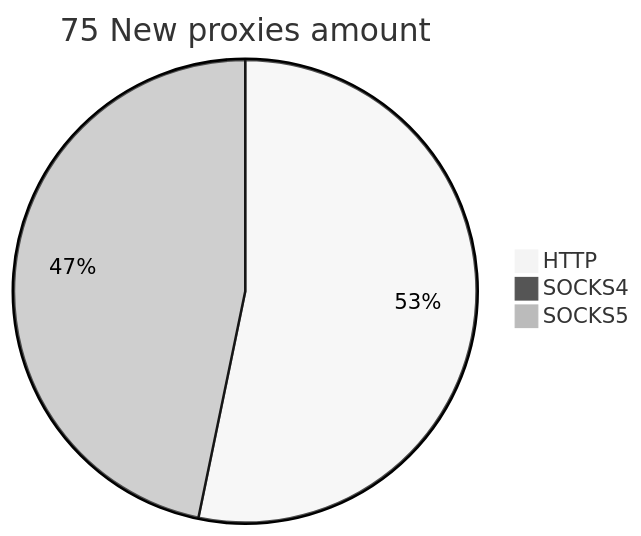
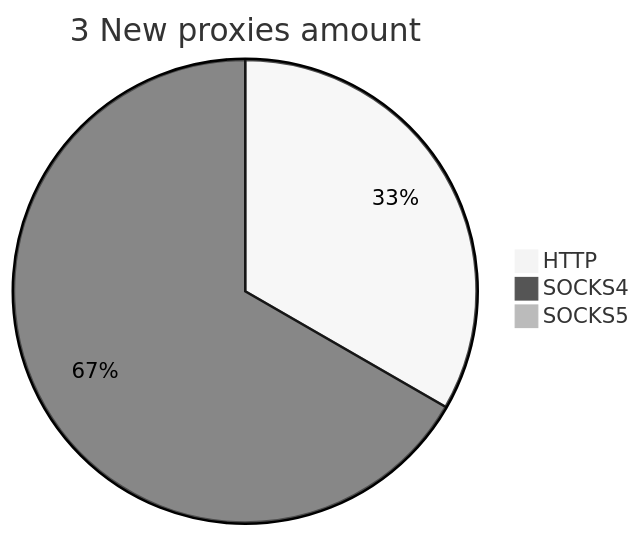
Before and after one commit to cutipu/proxylist: the second of 2 diagrams in README.md, drawn with Mermaid (neutral theme). The commit also changed other lines of this file, not shown here.

````diff
--- a/README.md
+++ b/README.md
@@ -10,6 +10,6 @@
 ```mermaid
-pie title 75 New proxies amount
-    "HTTP" : 41
-    "SOCKS4" : 0
-    "SOCKS5" : 36
+pie title 3 New proxies amount
+    "HTTP" : 1
+    "SOCKS4" : 2
+    "SOCKS5" : 0
 ```
````
